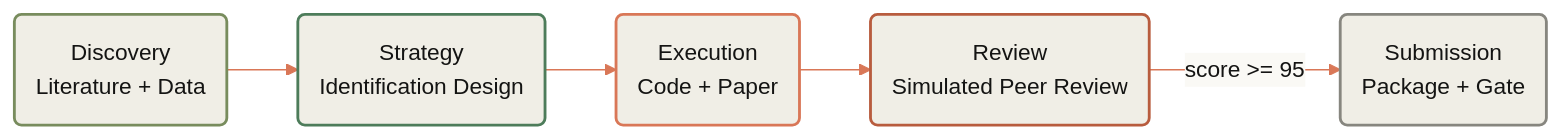
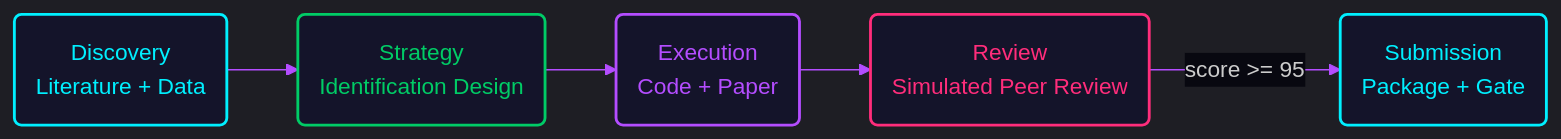
One commit to etorresram/clo-author changed the diagram in guide/user-guide.qmd. Above: the diagram before and after it, drawn with Mermaid. The commit also changed other lines of this file and 189 other files, not shown here.

````diff
--- a/guide/user-guide.qmd
+++ b/guide/user-guide.qmd
@@ -10,14 +23,14 @@
 ```{mermaid}
-%%{init: {'theme': 'base', 'themeVariables': {'primaryColor': '#f0eee6', 'primaryTextColor': '#141413', 'primaryBorderColor': '#d1cfc5', 'lineColor': '#d97757', 'secondaryColor': '#faf9f5', 'tertiaryColor': '#e6e3da', 'edgeLabelBackground': '#faf9f5', 'clusterBkg': '#f0eee6', 'clusterBorder': '#d1cfc5'}}}%%
+%%{init: {'theme': 'dark', 'themeVariables': {'primaryColor': '#14142a', 'primaryTextColor': '#d0d0e0', 'primaryBorderColor': '#b44dff', 'lineColor': '#b44dff', 'secondaryColor': '#0c0c18', 'tertiaryColor': '#080810', 'edgeLabelBackground': '#080810'}}}%%
 flowchart LR
     D(Discovery<br/>Literature + Data):::phase1 --> S(Strategy<br/>Identification Design):::phase2
     S --> E(Execution<br/>Code + Paper):::phase3
     E --> R(Review<br/>Simulated Peer Review):::phase4
     R -->|score >= 95| SUB(Submission<br/>Package + Gate):::phase5
 
-    classDef phase1 fill:#f0eee6,stroke:#788c5d,color:#141413,stroke-width:2px
-    classDef phase2 fill:#f0eee6,stroke:#4d7c5a,color:#141413,stroke-width:2px
-    classDef phase3 fill:#f0eee6,stroke:#d97757,color:#141413,stroke-width:2px
-    classDef phase4 fill:#f0eee6,stroke:#b85c3e,color:#141413,stroke-width:2px
-    classDef phase5 fill:#f0eee6,stroke:#87867f,color:#141413,stroke-width:2px
+    classDef phase1 fill:#14142a,stroke:#00f0ff,color:#00f0ff,stroke-width:2px
+    classDef phase2 fill:#14142a,stroke:#00cc66,color:#00cc66,stroke-width:2px
+    classDef phase3 fill:#14142a,stroke:#b44dff,color:#b44dff,stroke-width:2px
+    classDef phase4 fill:#14142a,stroke:#ff2d7b,color:#ff2d7b,stroke-width:2px
+    classDef phase5 fill:#14142a,stroke:#00f0ff,color:#00f0ff,stroke-width:2px
 ```
````
